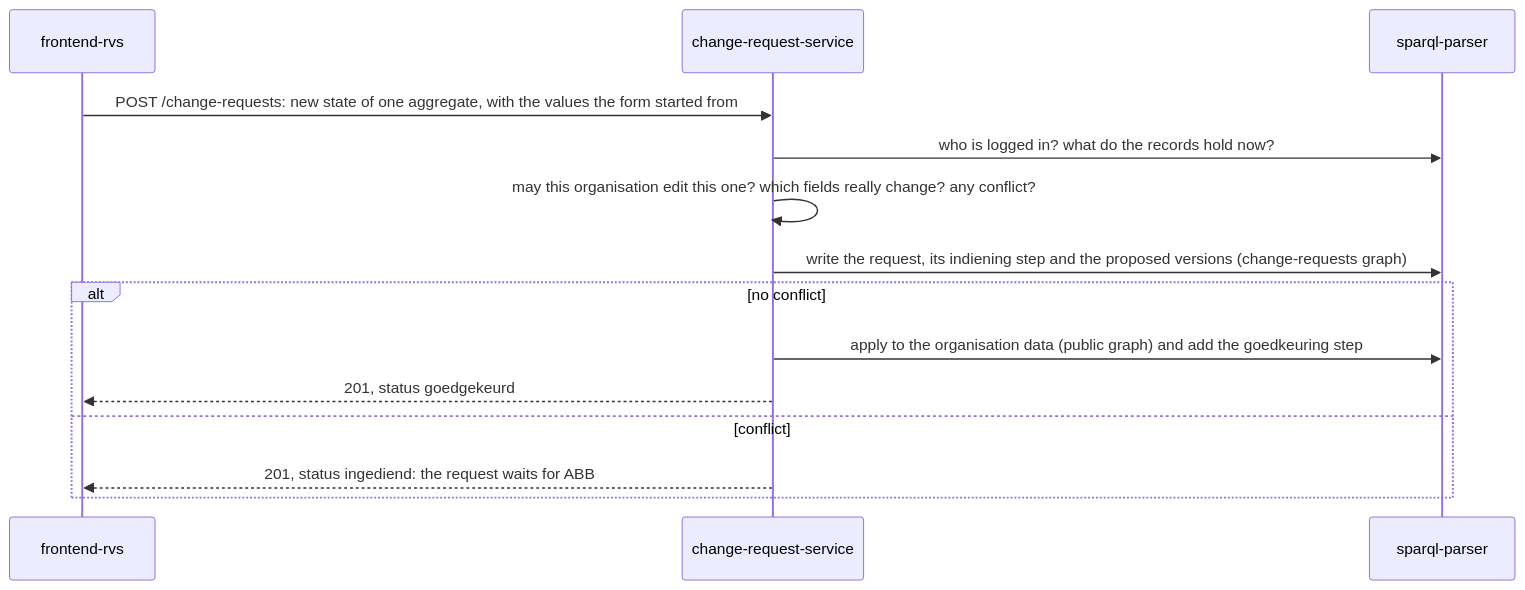
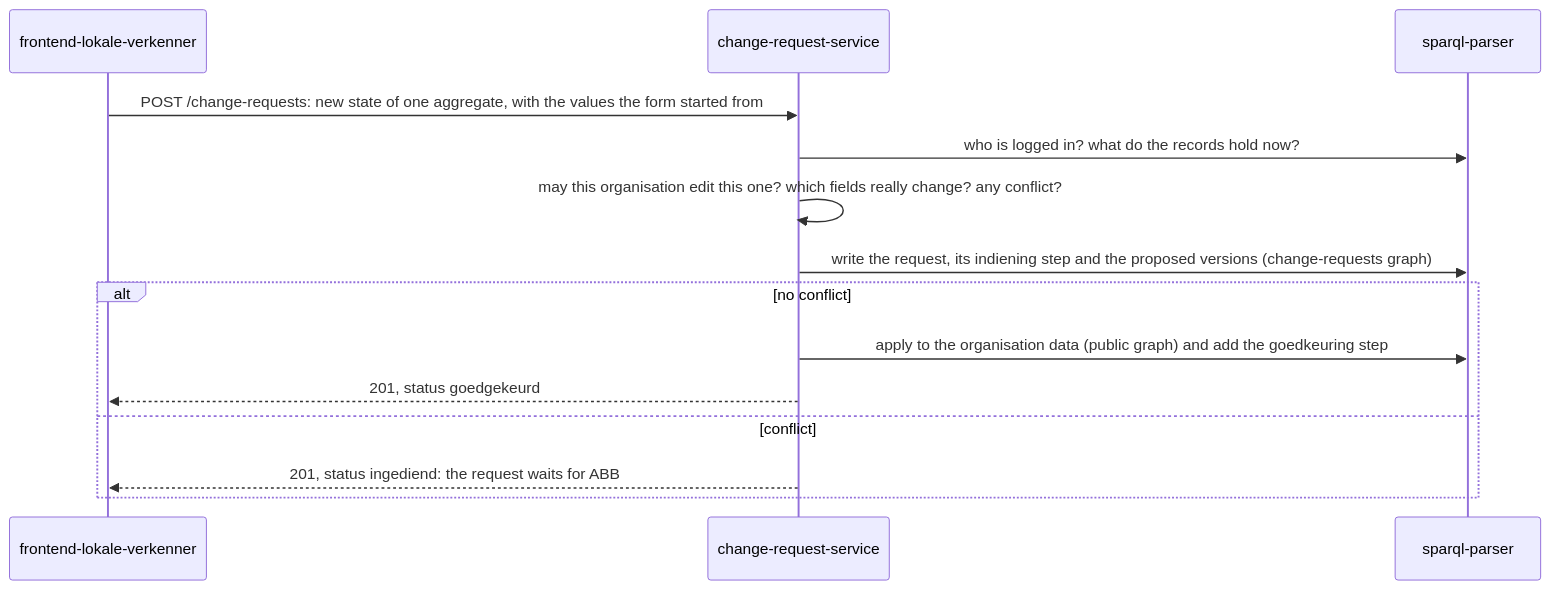
One commit to lblod/change-request-service changed the first of 5 diagrams in README.md. Above: the diagram before and after it, drawn with Mermaid. The commit also changed other lines of this file and 11 other files, not shown here.

Commit message:
Rename app-rvs and frontend-rvs references to Lokale Verkenner

````diff
--- a/README.md
+++ b/README.md
@@ -25,16 +25,16 @@
 ```mermaid
 sequenceDiagram
-  participant F as frontend-rvs
+  participant F as frontend-lokale-verkenner
   participant S as change-request-service
   participant P as sparql-parser
   F->>S: POST /change-requests: new state of one aggregate, with the values the form started from
   S->>P: who is logged in? what do the records hold now?
   S->>S: may this organisation edit this one? which fields really change? any conflict?
   S->>P: write the request, its indiening step and the proposed versions (change-requests graph)
   alt no conflict
     S->>P: apply to the organisation data (public graph) and add the goedkeuring step
     S-->>F: 201, status goedgekeurd
   else conflict
     S-->>F: 201, status ingediend: the request waits for ABB
   end
 ```
````
